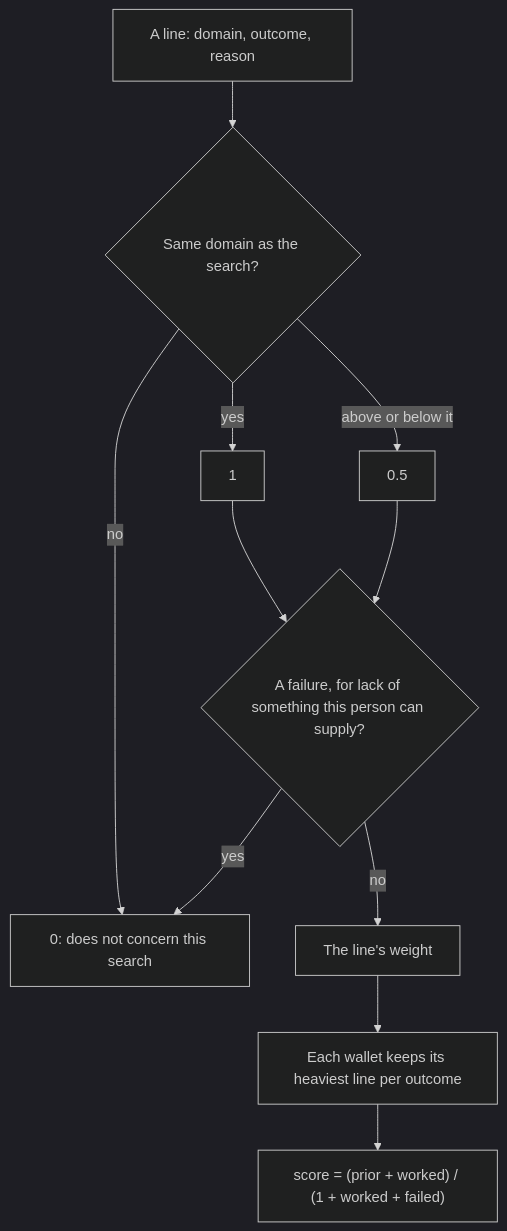
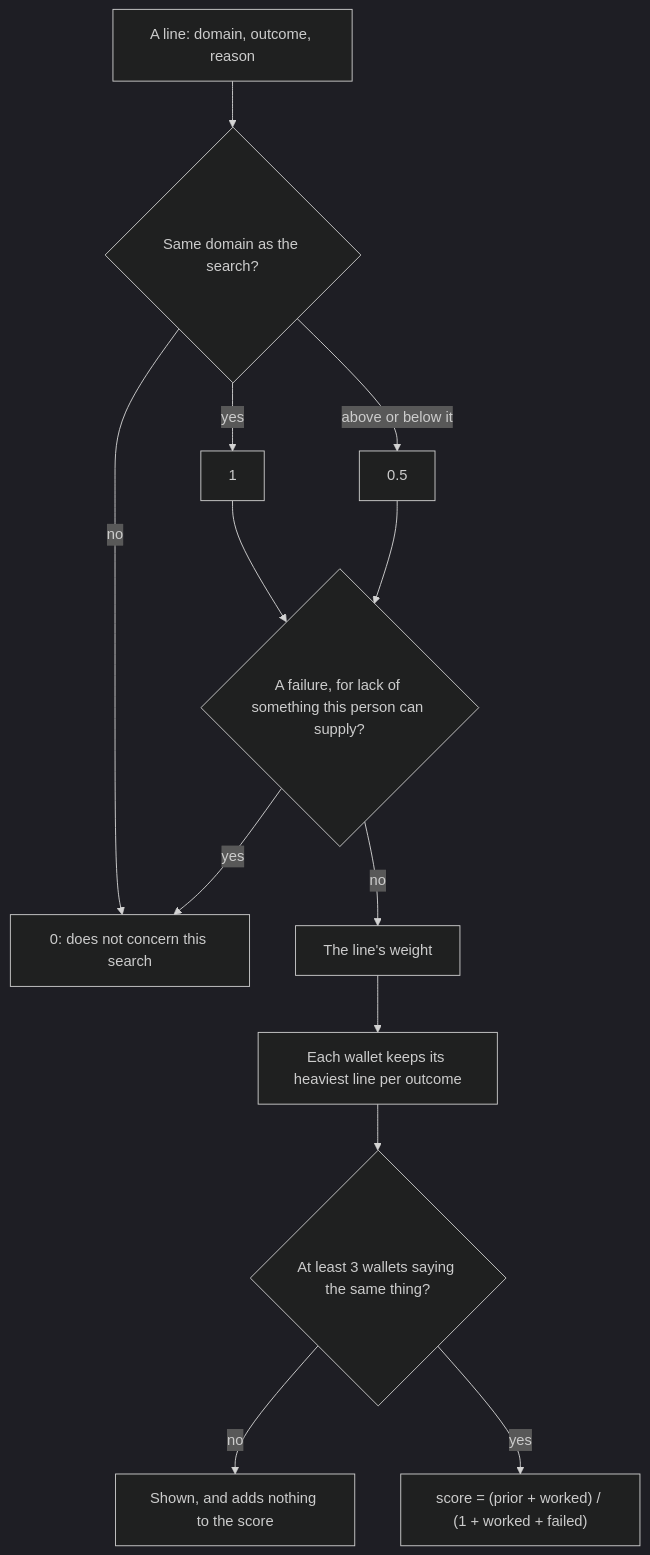
Before and after one commit to Wieedze/ARP: the second of 2 diagrams in docs/28_THE_SIGNAL.md, drawn with Mermaid (dark theme). The commit also changed other lines of this file and 32 other files, not shown here.

````diff
--- a/docs/28_THE_SIGNAL.md
+++ b/docs/28_THE_SIGNAL.md
@@ -50,13 +52,15 @@
 ```mermaid
 flowchart TD
     L["A line: domain, outcome, reason"] --> Q1{"Same domain as the search?"}
     Q1 -- "yes" --> W1["1"]
     Q1 -- "above or below it" --> W2["0.5"]
     Q1 -- "no" --> Z["0: does not concern this search"]
     W1 --> Q2{"A failure, for lack of something this person can supply?"}
     W2 --> Q2
     Q2 -- "yes" --> Z
     Q2 -- "no" --> V["The line's weight"]
     V --> S["Each wallet keeps its heaviest line per outcome"]
-    S --> F["score = (prior + worked) / (1 + worked + failed)"]
+    S --> T{"At least 3 wallets saying the same thing?"}
+    T -- "no" --> H["Shown, and adds nothing to the score"]
+    T -- "yes" --> F["score = (prior + worked) / (1 + worked + failed)"]
 ```
````
